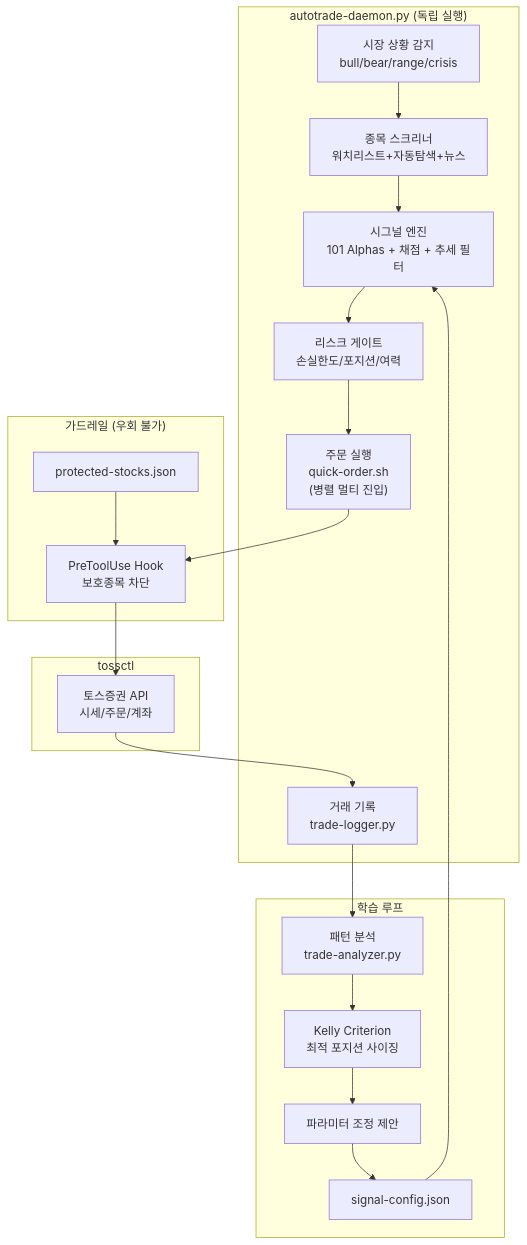
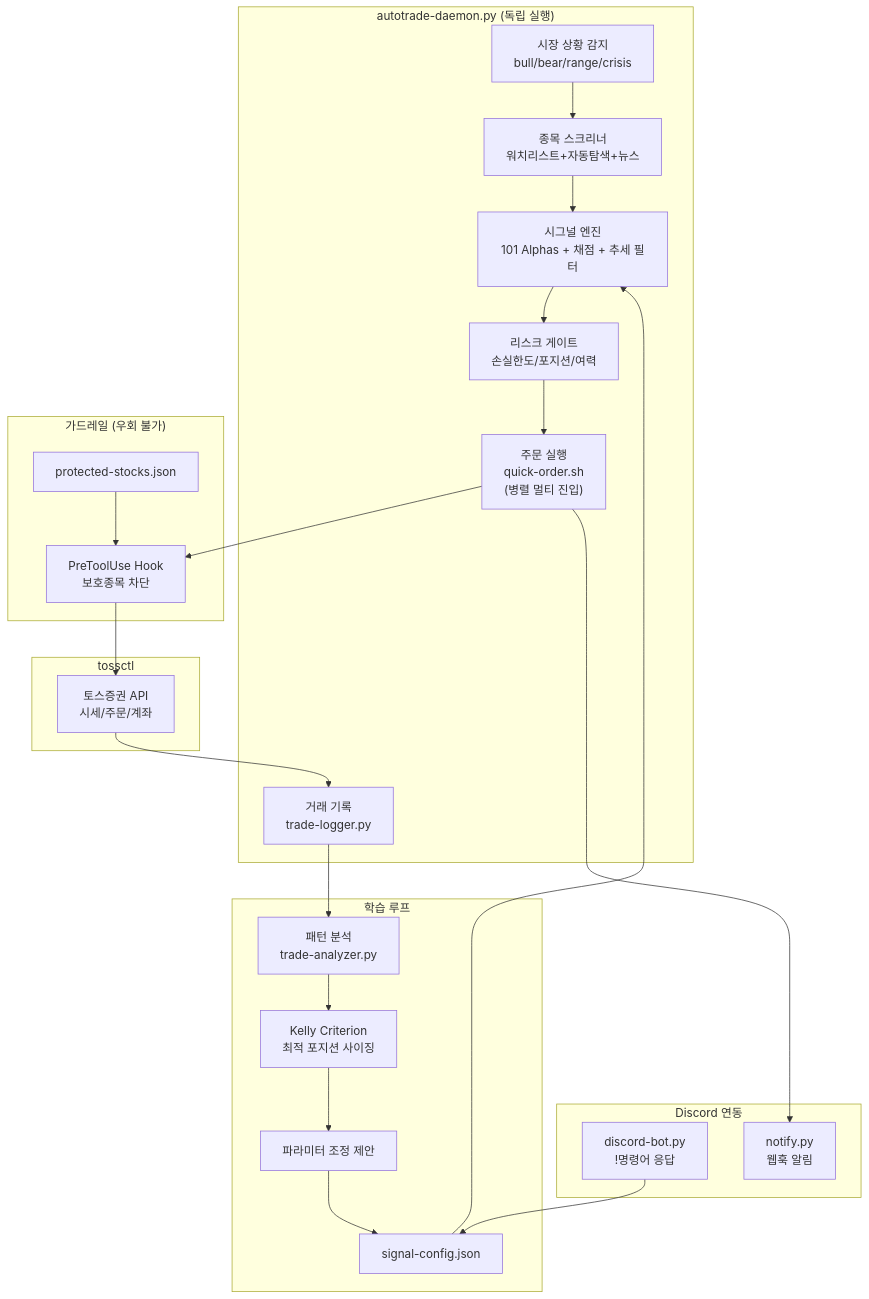
Before and after one commit to Aiden-Kwak/toss-trading-system: the diagram in README.md, drawn with Mermaid. The commit also changed other lines of this file, not shown here.

Commit message:
Update README with Discord bot, notifications, and launchd setup

````diff
--- a/README.md
+++ b/README.md
@@ -10,32 +10,39 @@
 ```mermaid
 flowchart TB
     subgraph Daemon["autotrade-daemon.py (독립 실행)"]
         REGIME["시장 상황 감지\nbull/bear/range/crisis"]
         SCREENER["종목 스크리너\n워치리스트+자동탐색+뉴스"]
         ENGINE["시그널 엔진\n101 Alphas + 채점 + 추세 필터"]
         GATE["리스크 게이트\n손실한도/포지션/여력"]
         EXEC["주문 실행\nquick-order.sh\n(병렬 멀티 진입)"]
         LOGGER["거래 기록\ntrade-logger.py"]
     end
 
     subgraph Guard["가드레일 (우회 불가)"]
         HOOK["PreToolUse Hook\n보호종목 차단"]
         PROTECT["protected-stocks.json"]
     end
 
     subgraph Learn["학습 루프"]
         ANALYZER["패턴 분석\ntrade-analyzer.py"]
         KELLY["Kelly Criterion\n최적 포지션 사이징"]
         SUGGEST["파라미터 조정 제안"]
         CONFIG["signal-config.json"]
     end
 
+    subgraph Discord["Discord 연동"]
+        BOT["discord-bot.py\n!명령어 응답"]
+        NOTIFY["notify.py\n웹훅 알림"]
+    end
+
     subgraph Toss["tossctl"]
         API["토스증권 API\n시세/주문/계좌"]
     end
 
     REGIME --> SCREENER --> ENGINE --> GATE --> EXEC
     EXEC --> HOOK --> API
+    EXEC --> NOTIFY
     API --> LOGGER --> ANALYZER --> KELLY --> SUGGEST --> CONFIG --> ENGINE
     PROTECT --> HOOK
+    BOT --> CONFIG
 ```
````
